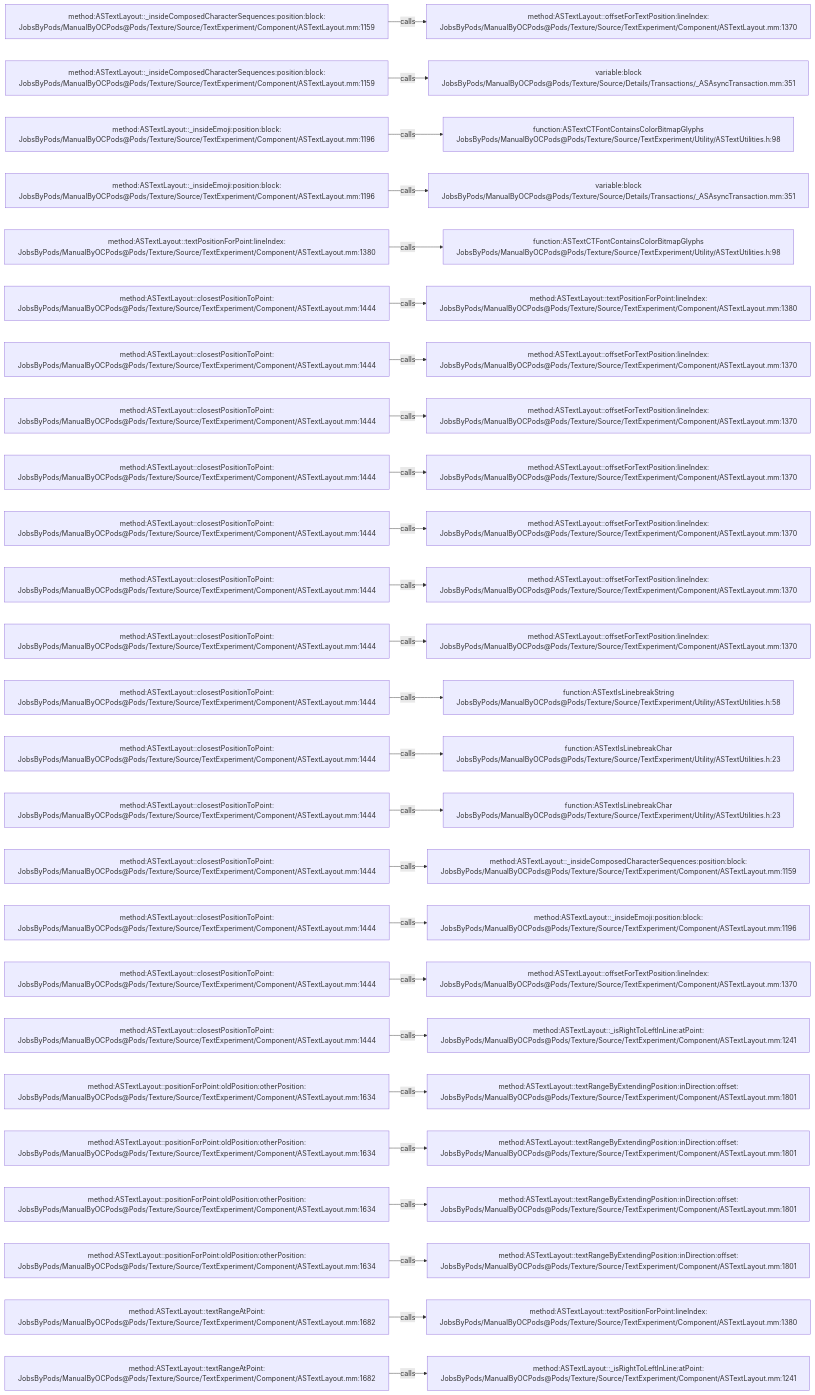
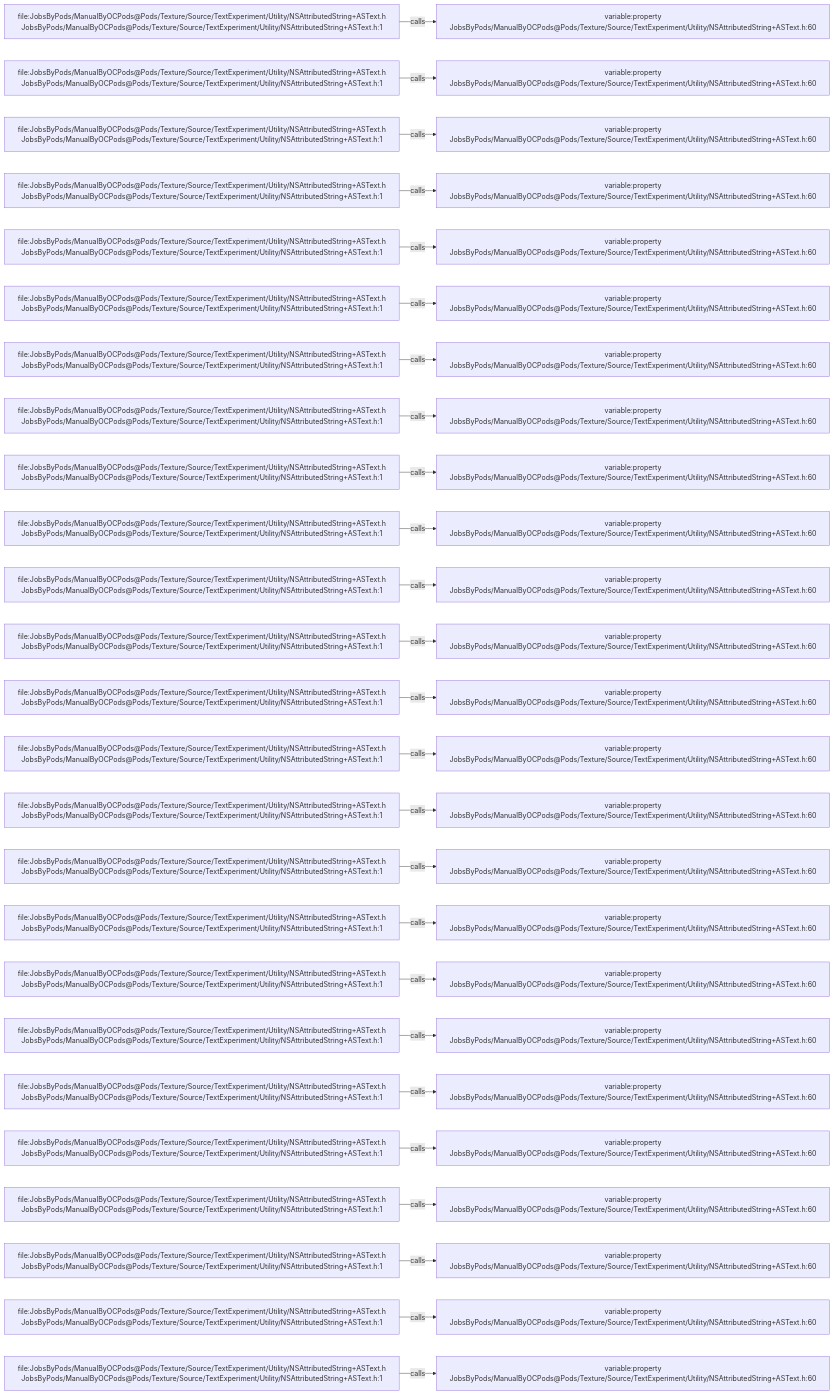
The diagram in .codegraph/codegraph.md/graphs/calls-194.md (JobsKits/JobsOCBaseConfigDemo), drawn with Mermaid before and after one commit. The commit also changed 2723 other files, not shown here.

````diff
--- a/.codegraph/codegraph.md/graphs/calls-194.md
+++ b/.codegraph/codegraph.md/graphs/calls-194.md
@@ -13,78 +13,78 @@
 ```mermaid
 flowchart LR
-  S1["method:ASTextLayout::_insideComposedCharacterSequences:position:block:<br/>JobsByPods/ManualByOCPods@Pods/Texture/Source/TextExperiment/Component/ASTextLayout.mm:1159"]
-  T1["method:ASTextLayout::offsetForTextPosition:lineIndex:<br/>JobsByPods/ManualByOCPods@Pods/Texture/Source/TextExperiment/Component/ASTextLayout.mm:1370"]
+  S1["file:JobsByPods/ManualByOCPods@Pods/Texture/Source/TextExperiment/Utility/NSAttributedString+ASText.h<br/>JobsByPods/ManualByOCPods@Pods/Texture/Source/TextExperiment/Utility/NSAttributedString+ASText.h:1"]
+  T1["variable:property<br/>JobsByPods/ManualByOCPods@Pods/Texture/Source/TextExperiment/Utility/NSAttributedString+ASText.h:60"]
   S1 -->|calls| T1
-  S2["method:ASTextLayout::_insideComposedCharacterSequences:position:block:<br/>JobsByPods/ManualByOCPods@Pods/Texture/Source/TextExperiment/Component/ASTextLayout.mm:1159"]
-  T2["variable:block<br/>JobsByPods/ManualByOCPods@Pods/Texture/Source/Details/Transactions/_ASAsyncTransaction.mm:351"]
+  S2["file:JobsByPods/ManualByOCPods@Pods/Texture/Source/TextExperiment/Utility/NSAttributedString+ASText.h<br/>JobsByPods/ManualByOCPods@Pods/Texture/Source/TextExperiment/Utility/NSAttributedString+ASText.h:1"]
+  T2["variable:property<br/>JobsByPods/ManualByOCPods@Pods/Texture/Source/TextExperiment/Utility/NSAttributedString+ASText.h:60"]
   S2 -->|calls| T2
-  S3["method:ASTextLayout::_insideEmoji:position:block:<br/>JobsByPods/ManualByOCPods@Pods/Texture/Source/TextExperiment/Component/ASTextLayout.mm:1196"]
-  T3["function:ASTextCTFontContainsColorBitmapGlyphs<br/>JobsByPods/ManualByOCPods@Pods/Texture/Source/TextExperiment/Utility/ASTextUtilities.h:98"]
+  S3["file:JobsByPods/ManualByOCPods@Pods/Texture/Source/TextExperiment/Utility/NSAttributedString+ASText.h<br/>JobsByPods/ManualByOCPods@Pods/Texture/Source/TextExperiment/Utility/NSAttributedString+ASText.h:1"]
+  T3["variable:property<br/>JobsByPods/ManualByOCPods@Pods/Texture/Source/TextExperiment/Utility/NSAttributedString+ASText.h:60"]
   S3 -->|calls| T3
-  S4["method:ASTextLayout::_insideEmoji:position:block:<br/>JobsByPods/ManualByOCPods@Pods/Texture/Source/TextExperiment/Component/ASTextLayout.mm:1196"]
-  T4["variable:block<br/>JobsByPods/ManualByOCPods@Pods/Texture/Source/Details/Transactions/_ASAsyncTransaction.mm:351"]
+  S4["file:JobsByPods/ManualByOCPods@Pods/Texture/Source/TextExperiment/Utility/NSAttributedString+ASText.h<br/>JobsByPods/ManualByOCPods@Pods/Texture/Source/TextExperiment/Utility/NSAttributedString+ASText.h:1"]
+  T4["variable:property<br/>JobsByPods/ManualByOCPods@Pods/Texture/Source/TextExperiment/Utility/NSAttributedString+ASText.h:60"]
   S4 -->|calls| T4
-  S5["method:ASTextLayout::textPositionForPoint:lineIndex:<br/>JobsByPods/ManualByOCPods@Pods/Texture/Source/TextExperiment/Component/ASTextLayout.mm:1380"]
-  T5["function:ASTextCTFontContainsColorBitmapGlyphs<br/>JobsByPods/ManualByOCPods@Pods/Texture/Source/TextExperiment/Utility/ASTextUtilities.h:98"]
+  S5["file:JobsByPods/ManualByOCPods@Pods/Texture/Source/TextExperiment/Utility/NSAttributedString+ASText.h<br/>JobsByPods/ManualByOCPods@Pods/Texture/Source/TextExperiment/Utility/NSAttributedString+ASText.h:1"]
+  T5["variable:property<br/>JobsByPods/ManualByOCPods@Pods/Texture/Source/TextExperiment/Utility/NSAttributedString+ASText.h:60"]
   S5 -->|calls| T5
-  S6["method:ASTextLayout::closestPositionToPoint:<br/>JobsByPods/ManualByOCPods@Pods/Texture/Source/TextExperiment/Component/ASTextLayout.mm:1444"]
-  T6["method:ASTextLayout::textPositionForPoint:lineIndex:<br/>JobsByPods/ManualByOCPods@Pods/Texture/Source/TextExperiment/Component/ASTextLayout.mm:1380"]
+  S6["file:JobsByPods/ManualByOCPods@Pods/Texture/Source/TextExperiment/Utility/NSAttributedString+ASText.h<br/>JobsByPods/ManualByOCPods@Pods/Texture/Source/TextExperiment/Utility/NSAttributedString+ASText.h:1"]
+  T6["variable:property<br/>JobsByPods/ManualByOCPods@Pods/Texture/Source/TextExperiment/Utility/NSAttributedString+ASText.h:60"]
   S6 -->|calls| T6
-  S7["method:ASTextLayout::closestPositionToPoint:<br/>JobsByPods/ManualByOCPods@Pods/Texture/Source/TextExperiment/Component/ASTextLayout.mm:1444"]
-  T7["method:ASTextLayout::offsetForTextPosition:lineIndex:<br/>JobsByPods/ManualByOCPods@Pods/Texture/Source/TextExperiment/Component/ASTextLayout.mm:1370"]
+  S7["file:JobsByPods/ManualByOCPods@Pods/Texture/Source/TextExperiment/Utility/NSAttributedString+ASText.h<br/>JobsByPods/ManualByOCPods@Pods/Texture/Source/TextExperiment/Utility/NSAttributedString+ASText.h:1"]
+  T7["variable:property<br/>JobsByPods/ManualByOCPods@Pods/Texture/Source/TextExperiment/Utility/NSAttributedString+ASText.h:60"]
   S7 -->|calls| T7
-  S8["method:ASTextLayout::closestPositionToPoint:<br/>JobsByPods/ManualByOCPods@Pods/Texture/Source/TextExperiment/Component/ASTextLayout.mm:1444"]
-  T8["method:ASTextLayout::offsetForTextPosition:lineIndex:<br/>JobsByPods/ManualByOCPods@Pods/Texture/Source/TextExperiment/Component/ASTextLayout.mm:1370"]
+  S8["file:JobsByPods/ManualByOCPods@Pods/Texture/Source/TextExperiment/Utility/NSAttributedString+ASText.h<br/>JobsByPods/ManualByOCPods@Pods/Texture/Source/TextExperiment/Utility/NSAttributedString+ASText.h:1"]
+  T8["variable:property<br/>JobsByPods/ManualByOCPods@Pods/Texture/Source/TextExperiment/Utility/NSAttributedString+ASText.h:60"]
   S8 -->|calls| T8
-  S9["method:ASTextLayout::closestPositionToPoint:<br/>JobsByPods/ManualByOCPods@Pods/Texture/Source/TextExperiment/Component/ASTextLayout.mm:1444"]
-  T9["method:ASTextLayout::offsetForTextPosition:lineIndex:<br/>JobsByPods/ManualByOCPods@Pods/Texture/Source/TextExperiment/Component/ASTextLayout.mm:1370"]
+  S9["file:JobsByPods/ManualByOCPods@Pods/Texture/Source/TextExperiment/Utility/NSAttributedString+ASText.h<br/>JobsByPods/ManualByOCPods@Pods/Texture/Source/TextExperiment/Utility/NSAttributedString+ASText.h:1"]
+  T9["variable:property<br/>JobsByPods/ManualByOCPods@Pods/Texture/Source/TextExperiment/Utility/NSAttributedString+ASText.h:60"]
   S9 -->|calls| T9
-  S10["method:ASTextLayout::closestPositionToPoint:<br/>JobsByPods/ManualByOCPods@Pods/Texture/Source/TextExperiment/Component/ASTextLayout.mm:1444"]
-  T10["method:ASTextLayout::offsetForTextPosition:lineIndex:<br/>JobsByPods/ManualByOCPods@Pods/Texture/Source/TextExperiment/Component/ASTextLayout.mm:1370"]
+  S10["file:JobsByPods/ManualByOCPods@Pods/Texture/Source/TextExperiment/Utility/NSAttributedString+ASText.h<br/>JobsByPods/ManualByOCPods@Pods/Texture/Source/TextExperiment/Utility/NSAttributedString+ASText.h:1"]
+  T10["variable:property<br/>JobsByPods/ManualByOCPods@Pods/Texture/Source/TextExperiment/Utility/NSAttributedString+ASText.h:60"]
   S10 -->|calls| T10
-  S11["method:ASTextLayout::closestPositionToPoint:<br/>JobsByPods/ManualByOCPods@Pods/Texture/Source/TextExperiment/Component/ASTextLayout.mm:1444"]
-  T11["method:ASTextLayout::offsetForTextPosition:lineIndex:<br/>JobsByPods/ManualByOCPods@Pods/Texture/Source/TextExperiment/Component/ASTextLayout.mm:1370"]
+  S11["file:JobsByPods/ManualByOCPods@Pods/Texture/Source/TextExperiment/Utility/NSAttributedString+ASText.h<br/>JobsByPods/ManualByOCPods@Pods/Texture/Source/TextExperiment/Utility/NSAttributedString+ASText.h:1"]
+  T11["variable:property<br/>JobsByPods/ManualByOCPods@Pods/Texture/Source/TextExperiment/Utility/NSAttributedString+ASText.h:60"]
   S11 -->|calls| T11
-  S12["method:ASTextLayout::closestPositionToPoint:<br/>JobsByPods/ManualByOCPods@Pods/Texture/Source/TextExperiment/Component/ASTextLayout.mm:1444"]
-  T12["method:ASTextLayout::offsetForTextPosition:lineIndex:<br/>JobsByPods/ManualByOCPods@Pods/Texture/Source/TextExperiment/Component/ASTextLayout.mm:1370"]
+  S12["file:JobsByPods/ManualByOCPods@Pods/Texture/Source/TextExperiment/Utility/NSAttributedString+ASText.h<br/>JobsByPods/ManualByOCPods@Pods/Texture/Source/TextExperiment/Utility/NSAttributedString+ASText.h:1"]
+  T12["variable:property<br/>JobsByPods/ManualByOCPods@Pods/Texture/Source/TextExperiment/Utility/NSAttributedString+ASText.h:60"]
   S12 -->|calls| T12
-  S13["method:ASTextLayout::closestPositionToPoint:<br/>JobsByPods/ManualByOCPods@Pods/Texture/Source/TextExperiment/Component/ASTextLayout.mm:1444"]
-  T13["function:ASTextIsLinebreakString<br/>JobsByPods/ManualByOCPods@Pods/Texture/Source/TextExperiment/Utility/ASTextUtilities.h:58"]
+  S13["file:JobsByPods/ManualByOCPods@Pods/Texture/Source/TextExperiment/Utility/NSAttributedString+ASText.h<br/>JobsByPods/ManualByOCPods@Pods/Texture/Source/TextExperiment/Utility/NSAttributedString+ASText.h:1"]
+  T13["variable:property<br/>JobsByPods/ManualByOCPods@Pods/Texture/Source/TextExperiment/Utility/NSAttributedString+ASText.h:60"]
   S13 -->|calls| T13
-  S14["method:ASTextLayout::closestPositionToPoint:<br/>JobsByPods/ManualByOCPods@Pods/Texture/Source/TextExperiment/Component/ASTextLayout.mm:1444"]
-  T14["function:ASTextIsLinebreakChar<br/>JobsByPods/ManualByOCPods@Pods/Texture/Source/TextExperiment/Utility/ASTextUtilities.h:23"]
+  S14["file:JobsByPods/ManualByOCPods@Pods/Texture/Source/TextExperiment/Utility/NSAttributedString+ASText.h<br/>JobsByPods/ManualByOCPods@Pods/Texture/Source/TextExperiment/Utility/NSAttributedString+ASText.h:1"]
+  T14["variable:property<br/>JobsByPods/ManualByOCPods@Pods/Texture/Source/TextExperiment/Utility/NSAttributedString+ASText.h:60"]
   S14 -->|calls| T14
-  S15["method:ASTextLayout::closestPositionToPoint:<br/>JobsByPods/ManualByOCPods@Pods/Texture/Source/TextExperiment/Component/ASTextLayout.mm:1444"]
-  T15["function:ASTextIsLinebreakChar<br/>JobsByPods/ManualByOCPods@Pods/Texture/Source/TextExperiment/Utility/ASTextUtilities.h:23"]
+  S15["file:JobsByPods/ManualByOCPods@Pods/Texture/Source/TextExperiment/Utility/NSAttributedString+ASText.h<br/>JobsByPods/ManualByOCPods@Pods/Texture/Source/TextExperiment/Utility/NSAttributedString+ASText.h:1"]
+  T15["variable:property<br/>JobsByPods/ManualByOCPods@Pods/Texture/Source/TextExperiment/Utility/NSAttributedString+ASText.h:60"]
   S15 -->|calls| T15
-  S16["method:ASTextLayout::closestPositionToPoint:<br/>JobsByPods/ManualByOCPods@Pods/Texture/Source/TextExperiment/Component/ASTextLayout.mm:1444"]
-  T16["method:ASTextLayout::_insideComposedCharacterSequences:position:block:<br/>JobsByPods/ManualByOCPods@Pods/Texture/Source/TextExperiment/Component/ASTextLayout.mm:1159"]
+  S16["file:JobsByPods/ManualByOCPods@Pods/Texture/Source/TextExperiment/Utility/NSAttributedString+ASText.h<br/>JobsByPods/ManualByOCPods@Pods/Texture/Source/TextExperiment/Utility/NSAttributedString+ASText.h:1"]
+  T16["variable:property<br/>JobsByPods/ManualByOCPods@Pods/Texture/Source/TextExperiment/Utility/NSAttributedString+ASText.h:60"]
   S16 -->|calls| T16
-  S17["method:ASTextLayout::closestPositionToPoint:<br/>JobsByPods/ManualByOCPods@Pods/Texture/Source/TextExperiment/Component/ASTextLayout.mm:1444"]
-  T17["method:ASTextLayout::_insideEmoji:position:block:<br/>JobsByPods/ManualByOCPods@Pods/Texture/Source/TextExperiment/Component/ASTextLayout.mm:1196"]
+  S17["file:JobsByPods/ManualByOCPods@Pods/Texture/Source/TextExperiment/Utility/NSAttributedString+ASText.h<br/>JobsByPods/ManualByOCPods@Pods/Texture/Source/TextExperiment/Utility/NSAttributedString+ASText.h:1"]
+  T17["variable:property<br/>JobsByPods/ManualByOCPods@Pods/Texture/Source/TextExperiment/Utility/NSAttributedString+ASText.h:60"]
   S17 -->|calls| T17
-  S18["method:ASTextLayout::closestPositionToPoint:<br/>JobsByPods/ManualByOCPods@Pods/Texture/Source/TextExperiment/Component/ASTextLayout.mm:1444"]
-  T18["method:ASTextLayout::offsetForTextPosition:lineIndex:<br/>JobsByPods/ManualByOCPods@Pods/Texture/Source/TextExperiment/Component/ASTextLayout.mm:1370"]
+  S18["file:JobsByPods/ManualByOCPods@Pods/Texture/Source/TextExperiment/Utility/NSAttributedString+ASText.h<br/>JobsByPods/ManualByOCPods@Pods/Texture/Source/TextExperiment/Utility/NSAttributedString+ASText.h:1"]
+  T18["variable:property<br/>JobsByPods/ManualByOCPods@Pods/Texture/Source/TextExperiment/Utility/NSAttributedString+ASText.h:60"]
   S18 -->|calls| T18
-  S19["method:ASTextLayout::closestPositionToPoint:<br/>JobsByPods/ManualByOCPods@Pods/Texture/Source/TextExperiment/Component/ASTextLayout.mm:1444"]
-  T19["method:ASTextLayout::_isRightToLeftInLine:atPoint:<br/>JobsByPods/ManualByOCPods@Pods/Texture/Source/TextExperiment/Component/ASTextLayout.mm:1241"]
+  S19["file:JobsByPods/ManualByOCPods@Pods/Texture/Source/TextExperiment/Utility/NSAttributedString+ASText.h<br/>JobsByPods/ManualByOCPods@Pods/Texture/Source/TextExperiment/Utility/NSAttributedString+ASText.h:1"]
+  T19["variable:property<br/>JobsByPods/ManualByOCPods@Pods/Texture/Source/TextExperiment/Utility/NSAttributedString+ASText.h:60"]
   S19 -->|calls| T19
-  S20["method:ASTextLayout::positionForPoint:oldPosition:otherPosition:<br/>JobsByPods/ManualByOCPods@Pods/Texture/Source/TextExperiment/Component/ASTextLayout.mm:1634"]
-  T20["method:ASTextLayout::textRangeByExtendingPosition:inDirection:offset:<br/>JobsByPods/ManualByOCPods@Pods/Texture/Source/TextExperiment/Component/ASTextLayout.mm:1801"]
+  S20["file:JobsByPods/ManualByOCPods@Pods/Texture/Source/TextExperiment/Utility/NSAttributedString+ASText.h<br/>JobsByPods/ManualByOCPods@Pods/Texture/Source/TextExperiment/Utility/NSAttributedString+ASText.h:1"]
+  T20["variable:property<br/>JobsByPods/ManualByOCPods@Pods/Texture/Source/TextExperiment/Utility/NSAttributedString+ASText.h:60"]
   S20 -->|calls| T20
-  S21["method:ASTextLayout::positionForPoint:oldPosition:otherPosition:<br/>JobsByPods/ManualByOCPods@Pods/Texture/Source/TextExperiment/Component/ASTextLayout.mm:1634"]
-  T21["method:ASTextLayout::textRangeByExtendingPosition:inDirection:offset:<br/>JobsByPods/ManualByOCPods@Pods/Texture/Source/TextExperiment/Component/ASTextLayout.mm:1801"]
+  S21["file:JobsByPods/ManualByOCPods@Pods/Texture/Source/TextExperiment/Utility/NSAttributedString+ASText.h<br/>JobsByPods/ManualByOCPods@Pods/Texture/Source/TextExperiment/Utility/NSAttributedString+ASText.h:1"]
+  T21["variable:property<br/>JobsByPods/ManualByOCPods@Pods/Texture/Source/TextExperiment/Utility/NSAttributedString+ASText.h:60"]
   S21 -->|calls| T21
-  S22["method:ASTextLayout::positionForPoint:oldPosition:otherPosition:<br/>JobsByPods/ManualByOCPods@Pods/Texture/Source/TextExperiment/Component/ASTextLayout.mm:1634"]
-  T22["method:ASTextLayout::textRangeByExtendingPosition:inDirection:offset:<br/>JobsByPods/ManualByOCPods@Pods/Texture/Source/TextExperiment/Component/ASTextLayout.mm:1801"]
+  S22["file:JobsByPods/ManualByOCPods@Pods/Texture/Source/TextExperiment/Utility/NSAttributedString+ASText.h<br/>JobsByPods/ManualByOCPods@Pods/Texture/Source/TextExperiment/Utility/NSAttributedString+ASText.h:1"]
+  T22["variable:property<br/>JobsByPods/ManualByOCPods@Pods/Texture/Source/TextExperiment/Utility/NSAttributedString+ASText.h:60"]
   S22 -->|calls| T22
-  S23["method:ASTextLayout::positionForPoint:oldPosition:otherPosition:<br/>JobsByPods/ManualByOCPods@Pods/Texture/Source/TextExperiment/Component/ASTextLayout.mm:1634"]
-  T23["method:ASTextLayout::textRangeByExtendingPosition:inDirection:offset:<br/>JobsByPods/ManualByOCPods@Pods/Texture/Source/TextExperiment/Component/ASTextLayout.mm:1801"]
+  S23["file:JobsByPods/ManualByOCPods@Pods/Texture/Source/TextExperiment/Utility/NSAttributedString+ASText.h<br/>JobsByPods/ManualByOCPods@Pods/Texture/Source/TextExperiment/Utility/NSAttributedString+ASText.h:1"]
+  T23["variable:property<br/>JobsByPods/ManualByOCPods@Pods/Texture/Source/TextExperiment/Utility/NSAttributedString+ASText.h:60"]
   S23 -->|calls| T23
-  S24["method:ASTextLayout::textRangeAtPoint:<br/>JobsByPods/ManualByOCPods@Pods/Texture/Source/TextExperiment/Component/ASTextLayout.mm:1682"]
-  T24["method:ASTextLayout::textPositionForPoint:lineIndex:<br/>JobsByPods/ManualByOCPods@Pods/Texture/Source/TextExperiment/Component/ASTextLayout.mm:1380"]
+  S24["file:JobsByPods/ManualByOCPods@Pods/Texture/Source/TextExperiment/Utility/NSAttributedString+ASText.h<br/>JobsByPods/ManualByOCPods@Pods/Texture/Source/TextExperiment/Utility/NSAttributedString+ASText.h:1"]
+  T24["variable:property<br/>JobsByPods/ManualByOCPods@Pods/Texture/Source/TextExperiment/Utility/NSAttributedString+ASText.h:60"]
   S24 -->|calls| T24
-  S25["method:ASTextLayout::textRangeAtPoint:<br/>JobsByPods/ManualByOCPods@Pods/Texture/Source/TextExperiment/Component/ASTextLayout.mm:1682"]
-  T25["method:ASTextLayout::_isRightToLeftInLine:atPoint:<br/>JobsByPods/ManualByOCPods@Pods/Texture/Source/TextExperiment/Component/ASTextLayout.mm:1241"]
+  S25["file:JobsByPods/ManualByOCPods@Pods/Texture/Source/TextExperiment/Utility/NSAttributedString+ASText.h<br/>JobsByPods/ManualByOCPods@Pods/Texture/Source/TextExperiment/Utility/NSAttributedString+ASText.h:1"]
+  T25["variable:property<br/>JobsByPods/ManualByOCPods@Pods/Texture/Source/TextExperiment/Utility/NSAttributedString+ASText.h:60"]
   S25 -->|calls| T25
 ```
````
